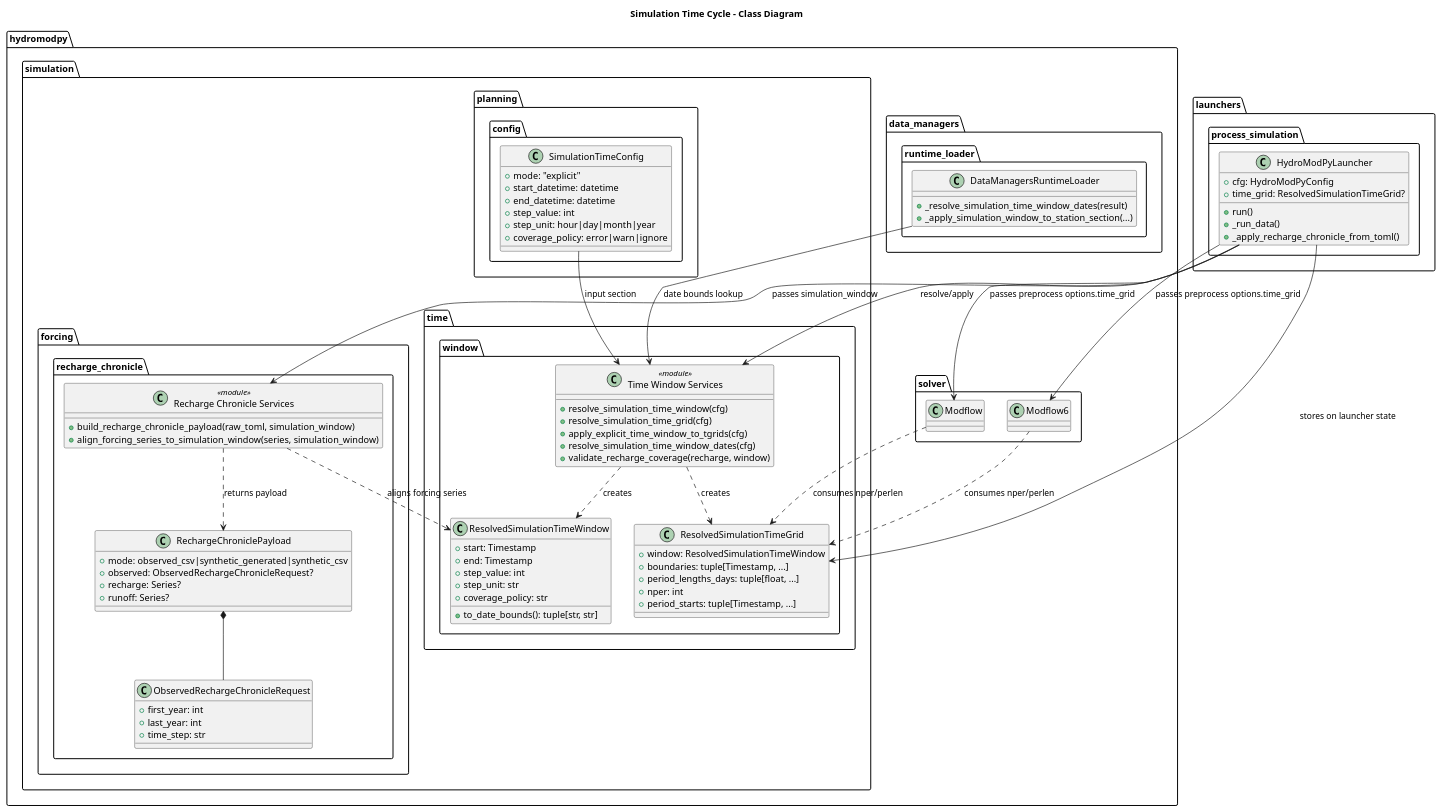
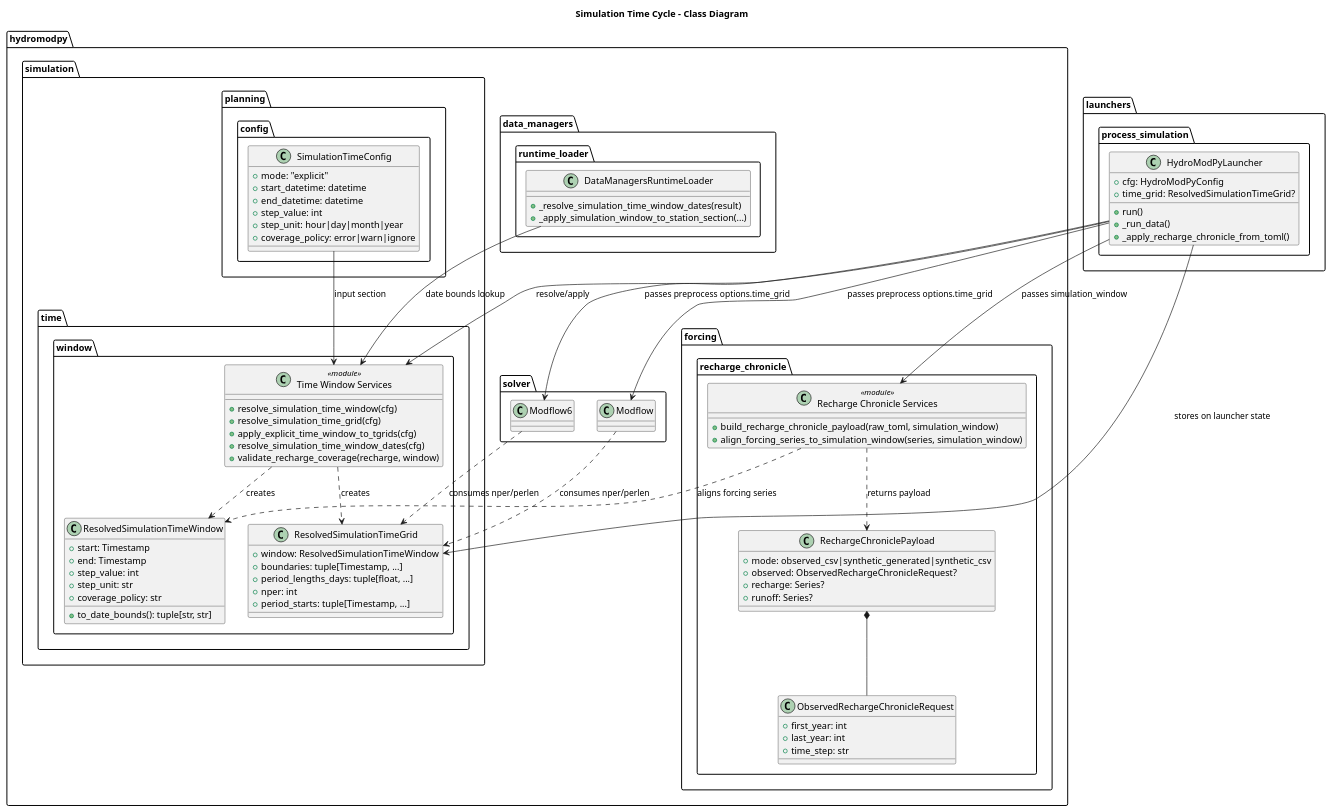
Before and after one commit to HydroModPy/HydroModPy: the diagram in docs/readthedocs/source/architecture/simulation/diagrams/simulation_time_cycle_class.wsd, drawn with PlantUML. The commit also changed 7 other files, not shown here.

Commit message:
[data] - Refactor forcing package structure and add deprecation warnings

```diff
--- a/docs/readthedocs/source/architecture/simulation/diagrams/simulation_time_cycle_class.wsd
+++ b/docs/readthedocs/source/architecture/simulation/diagrams/simulation_time_cycle_class.wsd
@@ -1,102 +1,102 @@
 @startuml
 title Simulation Time Cycle - Class Diagram
 
 package "hydromodpy.simulation.planning.config" {
   class SimulationTimeConfig {
     +mode: "explicit"
     +start_datetime: datetime
     +end_datetime: datetime
     +step_value: int
     +step_unit: hour|day|month|year
     +coverage_policy: error|warn|ignore
   }
 }
 
 package "hydromodpy.simulation.time.window" {
   class ResolvedSimulationTimeWindow {
     +start: Timestamp
     +end: Timestamp
     +step_value: int
     +step_unit: str
     +coverage_policy: str
     +to_date_bounds(): tuple[str, str]
   }
 
   class ResolvedSimulationTimeGrid {
     +window: ResolvedSimulationTimeWindow
     +boundaries: tuple[Timestamp, ...]
     +period_lengths_days: tuple[float, ...]
     +nper: int
     +period_starts: tuple[Timestamp, ...]
   }
 
   class "Time Window Services" as TimeWindowServices <<module>> {
     +resolve_simulation_time_window(cfg)
     +resolve_simulation_time_grid(cfg)
     +apply_explicit_time_window_to_tgrids(cfg)
     +resolve_simulation_time_window_dates(cfg)
     +validate_recharge_coverage(recharge, window)
   }
 }
 
 package "launchers.process_simulation" {
   class HydroModPyLauncher {
     +cfg: HydroModPyConfig
     +time_grid: ResolvedSimulationTimeGrid?
     +run()
     +_run_data()
     +_apply_recharge_chronicle_from_toml()
   }
 }
 
-package "hydromodpy.simulation.forcing.recharge_chronicle" {
+package "hydromodpy.forcing.recharge_chronicle" {
   class ObservedRechargeChronicleRequest {
     +first_year: int
     +last_year: int
     +time_step: str
   }
 
   class RechargeChroniclePayload {
     +mode: observed_csv|synthetic_generated|synthetic_csv
     +observed: ObservedRechargeChronicleRequest?
     +recharge: Series?
     +runoff: Series?
   }
 
   class "Recharge Chronicle Services" as RechargeServices <<module>> {
     +build_recharge_chronicle_payload(raw_toml, simulation_window)
     +align_forcing_series_to_simulation_window(series, simulation_window)
   }
 }
 
 package "hydromodpy.data_managers.runtime_loader" {
   class DataManagersRuntimeLoader {
     +_resolve_simulation_time_window_dates(result)
     +_apply_simulation_window_to_station_section(...)
   }
 }
 
 package "hydromodpy.solver" {
   class Modflow
   class Modflow6
 }
 
 SimulationTimeConfig --> TimeWindowServices : input section
 TimeWindowServices ..> ResolvedSimulationTimeWindow : creates
 TimeWindowServices ..> ResolvedSimulationTimeGrid : creates
 
 HydroModPyLauncher --> TimeWindowServices : resolve/apply
 HydroModPyLauncher --> ResolvedSimulationTimeGrid : stores on launcher state
 
 HydroModPyLauncher --> RechargeServices : passes simulation_window
 RechargeServices ..> ResolvedSimulationTimeWindow : aligns forcing series
 RechargeServices ..> RechargeChroniclePayload : returns payload
 RechargeChroniclePayload *-- ObservedRechargeChronicleRequest
 
 DataManagersRuntimeLoader --> TimeWindowServices : date bounds lookup
 
 HydroModPyLauncher --> Modflow : passes preprocess options.time_grid
 HydroModPyLauncher --> Modflow6 : passes preprocess options.time_grid
 Modflow ..> ResolvedSimulationTimeGrid : consumes nper/perlen
 Modflow6 ..> ResolvedSimulationTimeGrid : consumes nper/perlen
 @enduml
```
